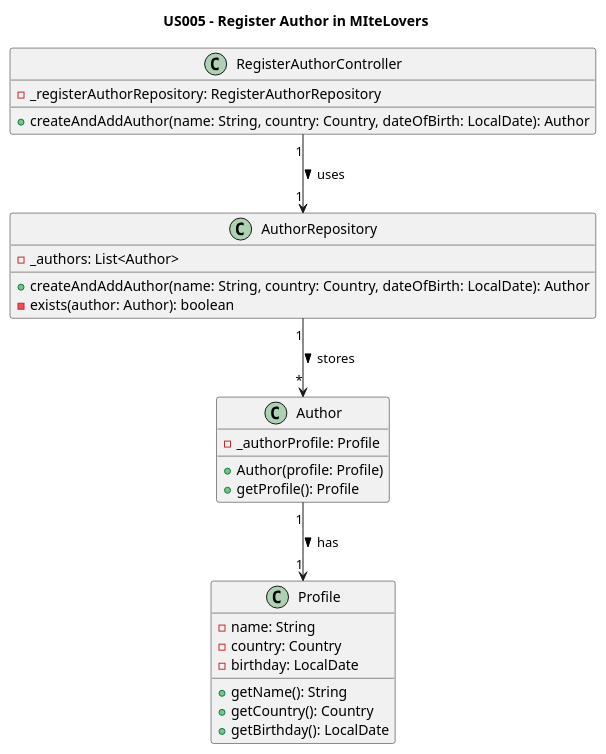
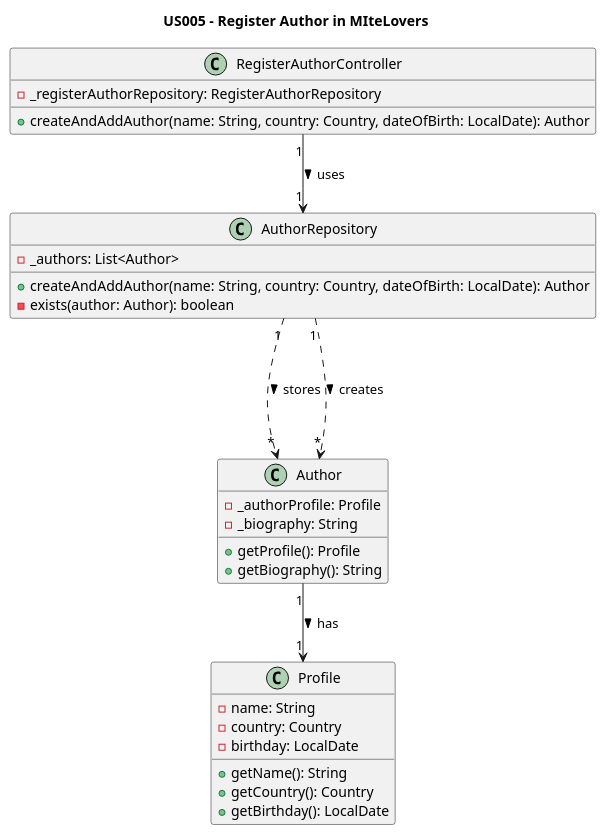
The diagram in Diagrams/ClassDiagrams/US005 - To register an Author in MiteLovers.puml (AndrePereiraGitH/SWitCH-Project-Team_A), drawn with PlantUML before and after one commit. The commit also changed 14 other files, not shown here.

Commit message:
Working on #78 #79 #80 #81 #101 #102 #103: add AuthorRepository and AuthorController; update SSD and CD for US003 and US005

```diff
--- a/Diagrams/ClassDiagrams/US005 - To register an Author in MiteLovers.puml
+++ b/Diagrams/ClassDiagrams/US005 - To register an Author in MiteLovers.puml
@@ -1,34 +1,36 @@
 @startuml
 title US005 - Register Author in MIteLovers
 
 class RegisterAuthorController {
   -_registerAuthorRepository: RegisterAuthorRepository
   +createAndAddAuthor(name: String, country: Country, dateOfBirth: LocalDate): Author
 }
 
 class AuthorRepository {
   -_authors: List<Author>
   +createAndAddAuthor(name: String, country: Country, dateOfBirth: LocalDate): Author
   -exists(author: Author): boolean
 }
 
 class Author {
   -_authorProfile: Profile
-  +Author(profile: Profile)
+  -_biography: String
   +getProfile(): Profile
+  +getBiography(): String
 }
 
 class Profile {
   -name: String
   -country: Country
   -birthday: LocalDate
   +getName(): String
   +getCountry(): Country
   +getBirthday(): LocalDate
 }
 
 RegisterAuthorController "1" --> "1" AuthorRepository : uses >
-AuthorRepository "1" --> "*" Author : stores >
+AuthorRepository "1" -.-> "*" Author : stores >
+AuthorRepository "1" -.-> "*" Author : creates >
 Author "1" --> "1" Profile : has >
 
 @enduml
```
